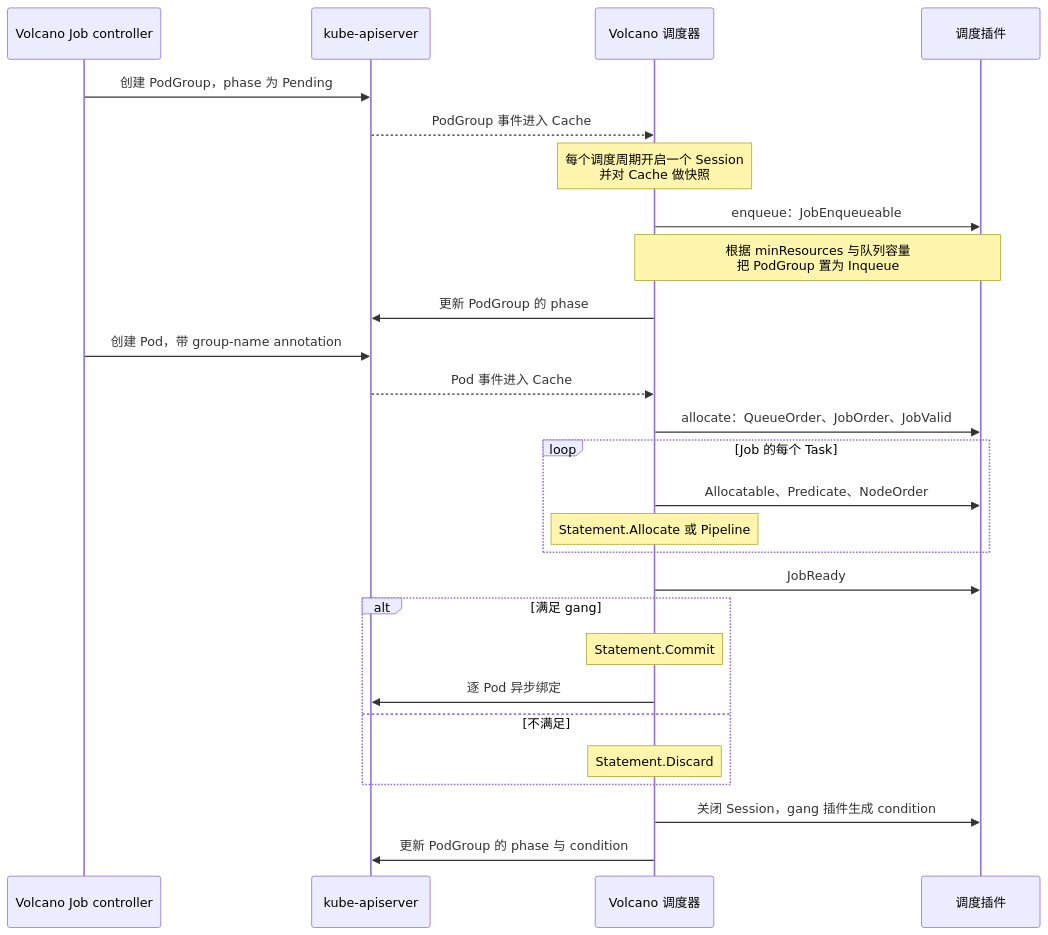
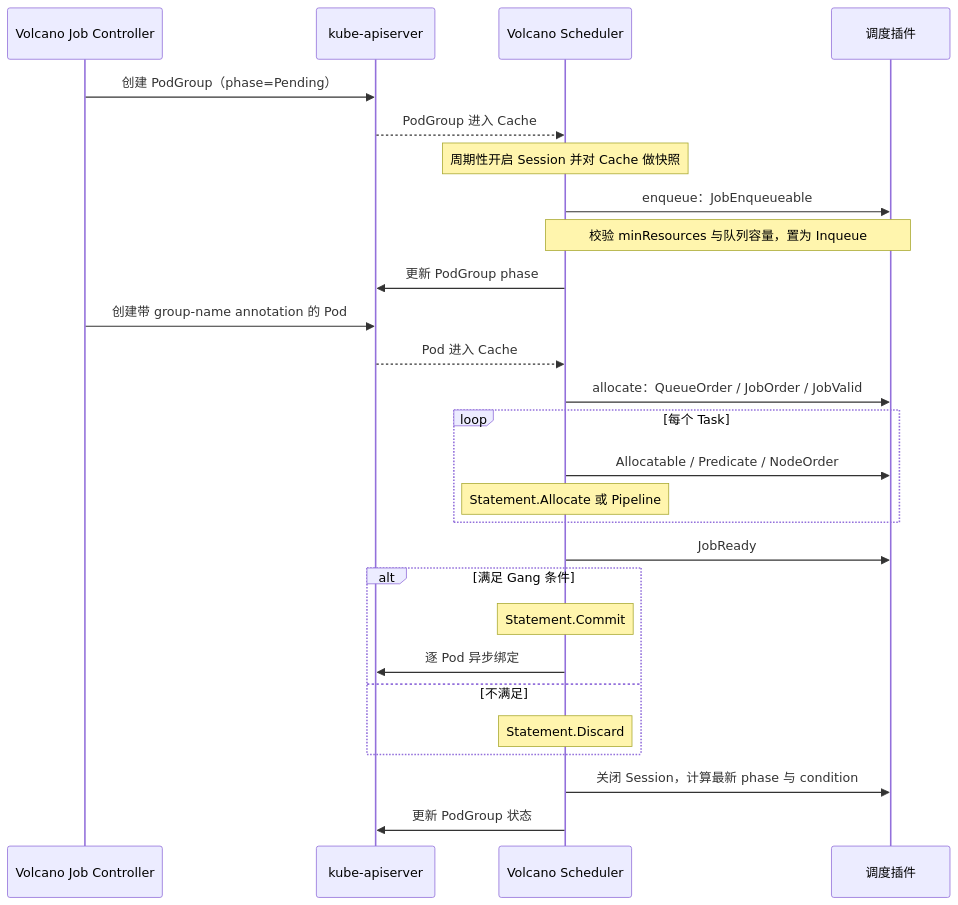
One commit to JesseStutler/volcano changed the sixth of 15 diagrams in docs/research/k8s-workload-aware-scheduling-vs-volcano-cn.md. Above: the diagram before and after it, drawn with Mermaid. The commit also changed other lines of this file and 1 other file, not shown here.

First line of the commit message:
docs: improve readability of upstream PodGroup vs Volcano report

````diff
--- a/docs/research/k8s-workload-aware-scheduling-vs-volcano-cn.md
+++ b/docs/research/k8s-workload-aware-scheduling-vs-volcano-cn.md
@@ -340,30 +249,30 @@
 ```mermaid
 sequenceDiagram
-    participant C as Volcano Job controller
+    participant C as Volcano Job Controller
     participant A as kube-apiserver
-    participant S as Volcano 调度器
+    participant S as Volcano Scheduler
     participant P as 调度插件
 
-    C->>A: 创建 PodGroup，phase 为 Pending
-    A-->>S: PodGroup 事件进入 Cache
-    Note over S: 每个调度周期开启一个 Session<br/>并对 Cache 做快照
+    C->>A: 创建 PodGroup（phase=Pending）
+    A-->>S: PodGroup 进入 Cache
+    Note over S: 周期性开启 Session 并对 Cache 做快照
     S->>P: enqueue：JobEnqueueable
-    Note over S,P: 根据 minResources 与队列容量<br/>把 PodGroup 置为 Inqueue
-    S->>A: 更新 PodGroup 的 phase
-    C->>A: 创建 Pod，带 group-name annotation
-    A-->>S: Pod 事件进入 Cache
-    S->>P: allocate：QueueOrder、JobOrder、JobValid
-    loop Job 的每个 Task
-        S->>P: Allocatable、Predicate、NodeOrder
+    Note over S,P: 校验 minResources 与队列容量，置为 Inqueue
+    S->>A: 更新 PodGroup phase
+    C->>A: 创建带 group-name annotation 的 Pod
+    A-->>S: Pod 进入 Cache
+    S->>P: allocate：QueueOrder / JobOrder / JobValid
+    loop 每个 Task
+        S->>P: Allocatable / Predicate / NodeOrder
         Note over S: Statement.Allocate 或 Pipeline
     end
     S->>P: JobReady
-    alt 满足 gang
+    alt 满足 Gang 条件
         Note over S: Statement.Commit
         S->>A: 逐 Pod 异步绑定
     else 不满足
         Note over S: Statement.Discard
     end
-    S->>P: 关闭 Session，gang 插件生成 condition
-    S->>A: 更新 PodGroup 的 phase 与 condition
+    S->>P: 关闭 Session，计算最新 phase 与 condition
+    S->>A: 更新 PodGroup 状态
 ```
````
